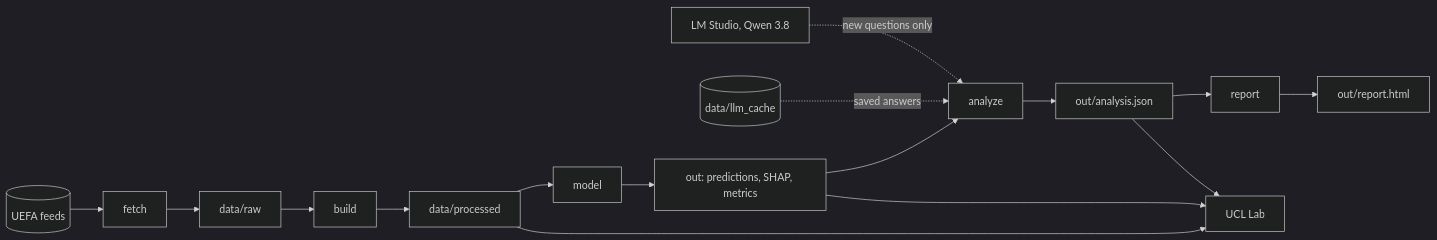
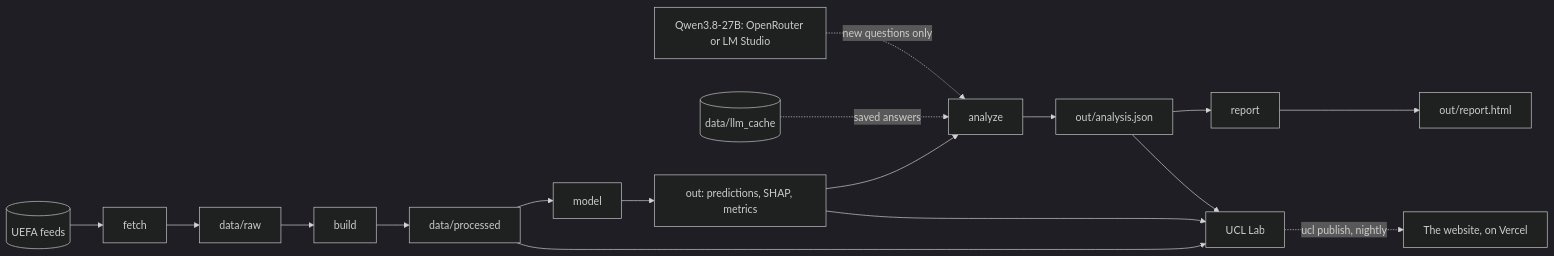
One commit to SihanCheng0/ucl-finalists changed the diagram in README.md. Above: the diagram before and after it, drawn with Mermaid (dark theme). The commit also changed other lines of this file and 8 other files, not shown here.

First line of the commit message:
ci: publish the website to Vercel every night

````diff
--- a/README.md
+++ b/README.md
@@ -48,16 +50,17 @@
 ```mermaid
 flowchart LR
     uefa[("UEFA feeds")] --> fetch
     fetch --> raw["data/raw"]
     raw --> build
     build --> processed["data/processed"]
     processed --> model
     model --> outputs["out: predictions, SHAP, metrics"]
     outputs --> analyze
     cache[("data/llm_cache")] -. "saved answers" .-> analyze
-    lms["LM Studio, Qwen 3.8"] -. "new questions only" .-> analyze
+    llm["Qwen3.8-27B: OpenRouter or LM Studio"] -. "new questions only" .-> analyze
     analyze --> analysis["out/analysis.json"]
     analysis --> report
     report --> html["out/report.html"]
     processed & outputs & analysis --> lab["UCL Lab"]
+    lab -. "ucl publish, nightly" .-> site["The website, on Vercel"]
 ```
````
